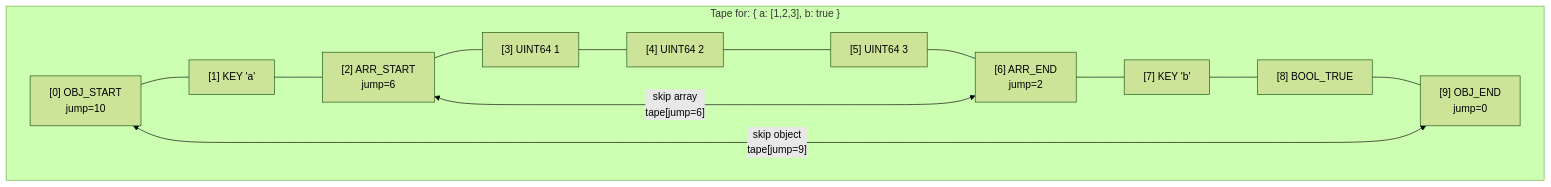
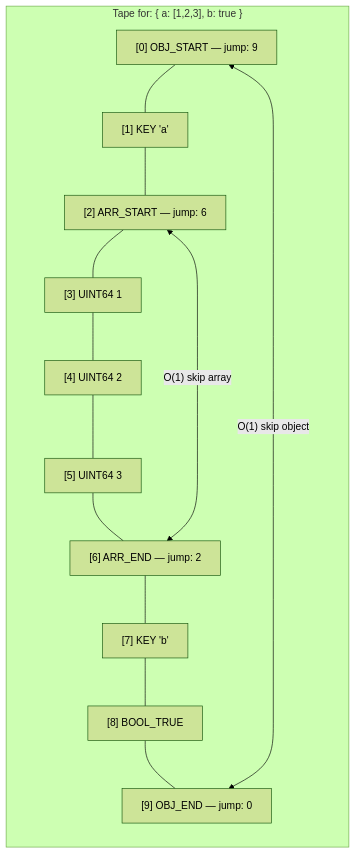
Before and after one commit to the-lkb/beast-json: the sixth of 6 diagrams in docs/theory/architecture.md, drawn with Mermaid (forest theme). The commit also changed other lines of this file and 4 other files, not shown here.

````diff
--- a/docs/theory/architecture.md
+++ b/docs/theory/architecture.md
@@ -173,20 +173,20 @@
 ```mermaid
-flowchart LR
+flowchart TB
     subgraph DOC["Tape for: { a: [1,2,3], b: true }"]
-        direction LR
-        I0["[0] OBJ_START\njump=10"]
+        direction TB
+        I0["[0] OBJ_START — jump: 9"]
         I1["[1] KEY 'a'"]
-        I2["[2] ARR_START\njump=6"]
+        I2["[2] ARR_START — jump: 6"]
         I3["[3] UINT64 1"]
         I4["[4] UINT64 2"]
         I5["[5] UINT64 3"]
-        I6["[6] ARR_END\njump=2"]
+        I6["[6] ARR_END — jump: 2"]
         I7["[7] KEY 'b'"]
         I8["[8] BOOL_TRUE"]
-        I9["[9] OBJ_END\njump=0"]
+        I9["[9] OBJ_END — jump: 0"]
         I0 --- I1 --- I2 --- I3 --- I4 --- I5 --- I6 --- I7 --- I8 --- I9
     end
 
-    I2 <-->|"skip array\ntape[jump=6]"| I6
-    I0 <-->|"skip object\ntape[jump=9]"| I9
+    I2 <-->|"O(1) skip array"| I6
+    I0 <-->|"O(1) skip object"| I9
 ```
````
